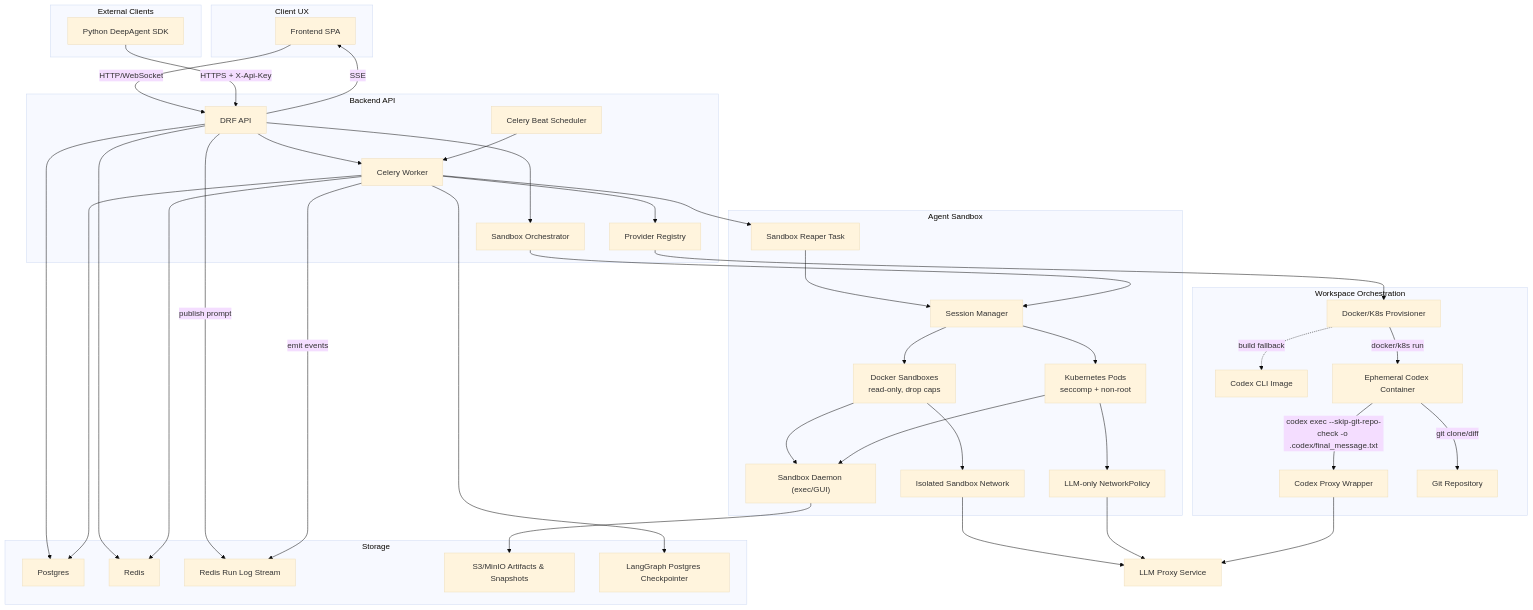
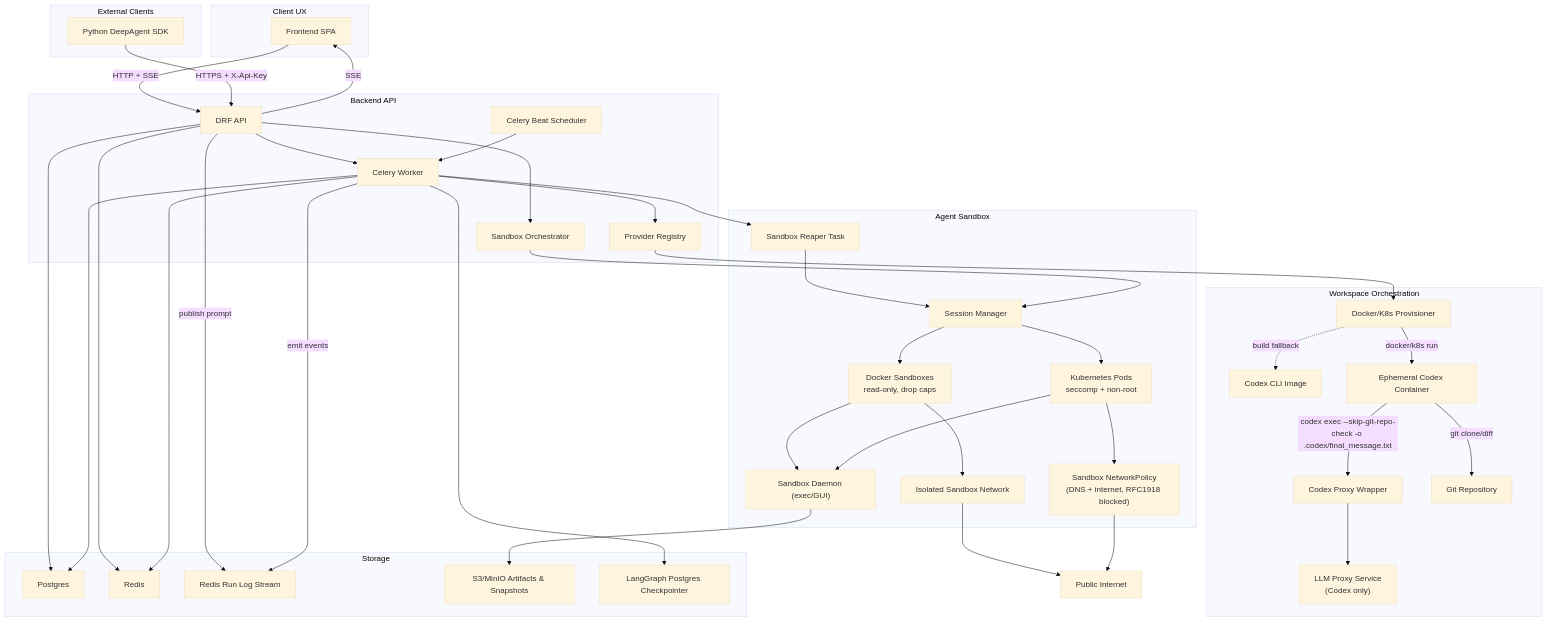
The first of 6 diagrams in docs/architecture.md (jeremyjouvancedev/AstraForge), drawn with Mermaid (base theme) before and after one commit. The commit also changed other lines of this file and 28 other files, not shown here.

First line of the commit message:
Refactor architecture documentation and enhance sandbox session management

````diff
--- a/docs/architecture.md
+++ b/docs/architecture.md
@@ -5,73 +5,74 @@
 ```mermaid
 flowchart TD
     subgraph Client_UX["Client UX"]
         FE["Frontend SPA"]
     end
     subgraph External_Clients["External Clients"]
         PySDK["Python DeepAgent SDK"]
     end
     subgraph Backend_API["Backend API"]
         API["DRF API"]
         SandboxAPI["Sandbox Orchestrator"]
         Beat["Celery Beat Scheduler"]
         Worker["Celery Worker"]
         Registry["Provider Registry"]
     end
     subgraph Storage
         PG["Postgres"]
         RedisStore["Redis"]
         RunLog["Redis Run Log Stream"]
         Artifacts["S3/MinIO Artifacts & Snapshots"]
         DeepAgentCP["LangGraph Postgres Checkpointer"]
     end
     subgraph Workspace_Orchestration["Workspace Orchestration"]
         Provisioner["Docker/K8s Provisioner"]
         CLIImage["Codex CLI Image"]
         Workspace["Ephemeral Codex Container"]
         Proxy["Codex Proxy Wrapper"]
+        LLMProxy["LLM Proxy Service</br>(Codex only)"]
         Repo["Git Repository"]
     end
     subgraph Agent_Sandbox["Agent Sandbox"]
         SandboxMgr["Session Manager"]
         Reaper["Sandbox Reaper Task"]
-        DockerSandboxes["Docker Sandboxes\nread-only, drop caps"]
-        K8sSandboxes["Kubernetes Pods\nseccomp + non-root"]
+        DockerSandboxes["Docker Sandboxes</br>read-only, drop caps"]
+        K8sSandboxes["Kubernetes Pods</br>seccomp + non-root"]
         SandboxNet["Isolated Sandbox Network"]
-        NetPolicy["LLM-only NetworkPolicy"]
+        NetPolicy["Sandbox NetworkPolicy</br>(DNS + internet, RFC1918 blocked)"]
         Daemon["Sandbox Daemon (exec/GUI)"]
     end
-    LLMProxy["LLM Proxy Service"]
+    PublicNet["Public Internet"]
 
-    FE -->|HTTP/WebSocket| API
+    FE -->|HTTP + SSE| API
     PySDK -->|HTTPS + X-Api-Key| API
     API -->|SSE| FE
     API --> PG
     API --> RedisStore
     Worker --> PG
     Worker --> RedisStore
     Worker --> DeepAgentCP
     API --> Worker
     Beat --> Worker
     Worker --> Reaper
     Reaper --> SandboxMgr
     Worker --> Registry
     API --> SandboxAPI
     SandboxAPI --> SandboxMgr
     SandboxMgr --> DockerSandboxes
     SandboxMgr --> K8sSandboxes
     DockerSandboxes --> Daemon
     K8sSandboxes --> Daemon
     DockerSandboxes --> SandboxNet
-    SandboxNet --> LLMProxy
     K8sSandboxes --> NetPolicy
-    NetPolicy --> LLMProxy
+    SandboxNet --> PublicNet
+    NetPolicy --> PublicNet
     Daemon --> Artifacts
     API -->|publish prompt| RunLog
     Worker -->|emit events| RunLog
     Registry --> Provisioner
     Provisioner -->|docker/k8s run| Workspace
     Provisioner -. build fallback .-> CLIImage
     Workspace -->|codex exec --skip-git-repo-check -o .codex/final_message.txt| Proxy
     Proxy --> LLMProxy
     Workspace -->|git clone/diff| Repo
 ```
````
